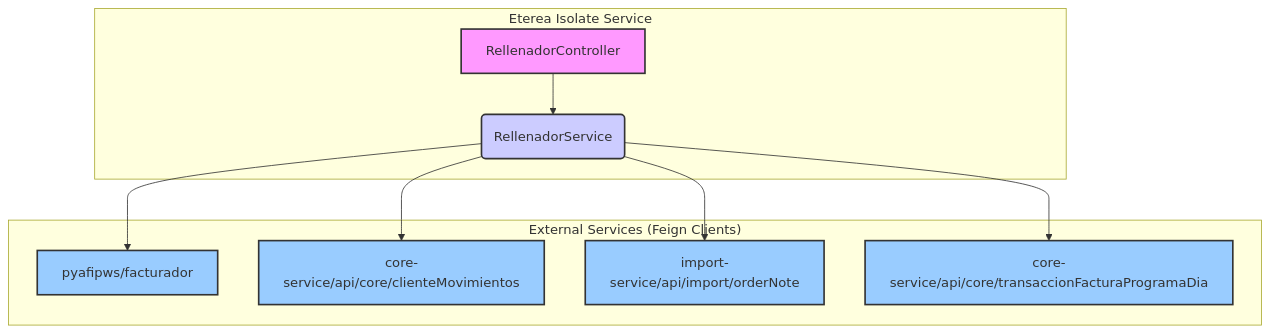
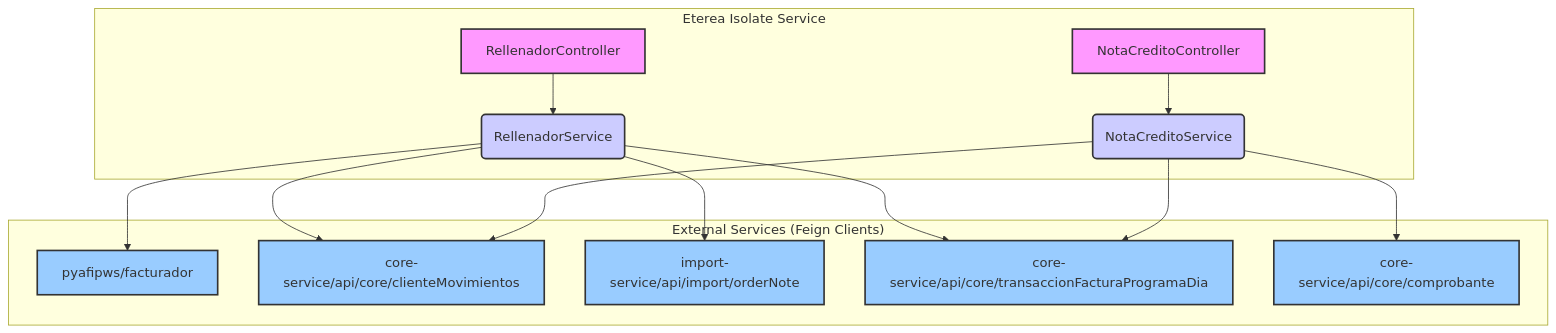
Before and after one commit to ETEREA-services/ETEREA.isolate-service: the diagram in docs/diagrams/architecture.mmd, drawn with Mermaid. The commit also changed 19 other files, not shown here.

```diff
--- a/docs/diagrams/architecture.mmd
+++ b/docs/diagrams/architecture.mmd
@@ -1,23 +1,31 @@
 graph TD
     subgraph "Eterea Isolate Service"
-        A[RellenadorController] --> B(RellenadorService);
+        A[RellenadorController] --> B(RellenadorService)
+        G[NotaCreditoController] --> H(NotaCreditoService)
     end
 
     subgraph "External Services (Feign Clients)"
         C[pyafipws/facturador]
         D[core-service/api/core/clienteMovimientos]
         E[import-service/api/import/orderNote]
         F[core-service/api/core/transaccionFacturaProgramaDia]
+        I[core-service/api/core/comprobante]
     end
 
-    B --> C;
-    B --> D;
-    B --> E;
-    B --> F;
+    B --> C
+    B --> D
+    B --> E
+    B --> F
+    H --> D
+    H --> I
+    H --> F
 
     style A fill:#f9f,stroke:#333,stroke-width:2px
     style B fill:#ccf,stroke:#333,stroke-width:2px
+    style G fill:#f9f,stroke:#333,stroke-width:2px
+    style H fill:#ccf,stroke:#333,stroke-width:2px
     style C fill:#9cf,stroke:#333,stroke-width:2px
     style D fill:#9cf,stroke:#333,stroke-width:2px
     style E fill:#9cf,stroke:#333,stroke-width:2px
     style F fill:#9cf,stroke:#333,stroke-width:2px
+    style I fill:#9cf,stroke:#333,stroke-width:2px
```
